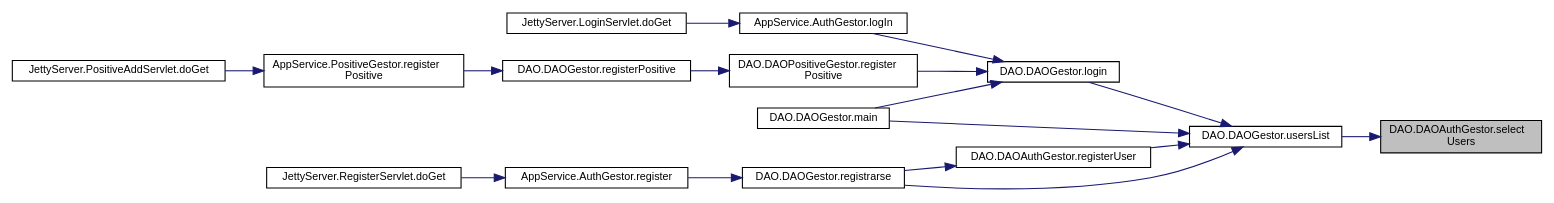
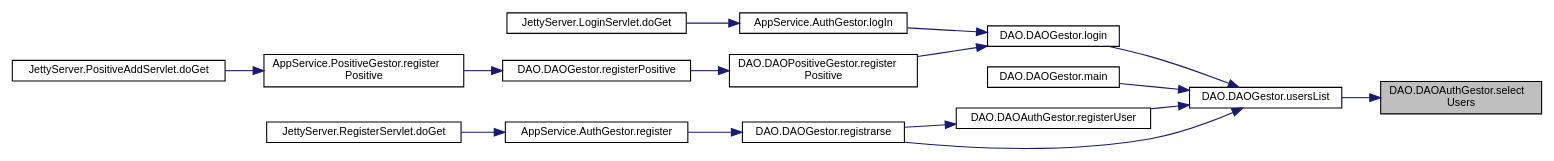
The diagram in docs/class_d_a_o_1_1_d_a_o_auth_gestor_a5e4a73e0cf46fe27bf654f1a80f4bd54_icgraph.dot (enekoatxa/RadarCovid), drawn with Graphviz before and after one commit. The commit also changed 281 other files, not shown here.

```diff
--- a/docs/class_d_a_o_1_1_d_a_o_auth_gestor_a5e4a73e0cf46fe27bf654f1a80f4bd54_icgraph.dot
+++ b/docs/class_d_a_o_1_1_d_a_o_auth_gestor_a5e4a73e0cf46fe27bf654f1a80f4bd54_icgraph.dot
@@ -1,36 +1,35 @@
 digraph "DAO.DAOAuthGestor.selectUsers"
 {
  // LATEX_PDF_SIZE
   edge [fontname="Helvetica",fontsize="10",labelfontname="Helvetica",labelfontsize="10"];
   node [fontname="Helvetica",fontsize="10",shape=record];
   rankdir="RL";
   Node1 [label="DAO.DAOAuthGestor.select\lUsers",height=0.2,width=0.4,color="black", fillcolor="grey75", style="filled", fontcolor="black",tooltip=" "];
   Node1 -> Node2 [dir="back",color="midnightblue",fontsize="10",style="solid",fontname="Helvetica"];
   Node2 [label="DAO.DAOGestor.usersList",height=0.2,width=0.4,color="black", fillcolor="white", style="filled",URL="$class_d_a_o_1_1_d_a_o_gestor.html#a9b1457f088f46740726042ccf4e657cf",tooltip=" "];
   Node2 -> Node3 [dir="back",color="midnightblue",fontsize="10",style="solid",fontname="Helvetica"];
   Node3 [label="DAO.DAOGestor.login",height=0.2,width=0.4,color="black", fillcolor="white", style="filled",URL="$class_d_a_o_1_1_d_a_o_gestor.html#ab819ad89aafa47a3cdb8c5db56962895",tooltip=" "];
   Node3 -> Node4 [dir="back",color="midnightblue",fontsize="10",style="solid",fontname="Helvetica"];
   Node4 [label="AppService.AuthGestor.logIn",height=0.2,width=0.4,color="black", fillcolor="white", style="filled",URL="$class_app_service_1_1_auth_gestor.html#aeafd43b974741a663c41ffcbb3accaf9",tooltip=" "];
   Node4 -> Node5 [dir="back",color="midnightblue",fontsize="10",style="solid",fontname="Helvetica"];
   Node5 [label="JettyServer.LoginServlet.doGet",height=0.2,width=0.4,color="black", fillcolor="white", style="filled",URL="$class_jetty_server_1_1_login_servlet.html#a1b41970a65fe867dfe40f80b4ccea338",tooltip=" "];
   Node3 -> Node6 [dir="back",color="midnightblue",fontsize="10",style="solid",fontname="Helvetica"];
-  Node6 [label="DAO.DAOGestor.main",height=0.2,width=0.4,color="black", fillcolor="white", style="filled",URL="$class_d_a_o_1_1_d_a_o_gestor.html#a418601ed26da405dd755a8b193aa9d70",tooltip=" "];
-  Node3 -> Node7 [dir="back",color="midnightblue",fontsize="10",style="solid",fontname="Helvetica"];
-  Node7 [label="DAO.DAOPositiveGestor.register\lPositive",height=0.2,width=0.4,color="black", fillcolor="white", style="filled",URL="$class_d_a_o_1_1_d_a_o_positive_gestor.html#a5602d2f32fec0dd9f222402f8b1ad48e",tooltip=" "];
+  Node6 [label="DAO.DAOPositiveGestor.register\lPositive",height=0.2,width=0.4,color="black", fillcolor="white", style="filled",URL="$class_d_a_o_1_1_d_a_o_positive_gestor.html#a5602d2f32fec0dd9f222402f8b1ad48e",tooltip=" "];
+  Node6 -> Node7 [dir="back",color="midnightblue",fontsize="10",style="solid",fontname="Helvetica"];
+  Node7 [label="DAO.DAOGestor.registerPositive",height=0.2,width=0.4,color="black", fillcolor="white", style="filled",URL="$class_d_a_o_1_1_d_a_o_gestor.html#a6ea0f06fc24dd013578351ec8e0302fd",tooltip=" "];
   Node7 -> Node8 [dir="back",color="midnightblue",fontsize="10",style="solid",fontname="Helvetica"];
-  Node8 [label="DAO.DAOGestor.registerPositive",height=0.2,width=0.4,color="black", fillcolor="white", style="filled",URL="$class_d_a_o_1_1_d_a_o_gestor.html#a6ea0f06fc24dd013578351ec8e0302fd",tooltip=" "];
+  Node8 [label="AppService.PositiveGestor.register\lPositive",height=0.2,width=0.4,color="black", fillcolor="white", style="filled",URL="$class_app_service_1_1_positive_gestor.html#a06e5a688499ef9d8dd92cb524f846e1e",tooltip=" "];
   Node8 -> Node9 [dir="back",color="midnightblue",fontsize="10",style="solid",fontname="Helvetica"];
-  Node9 [label="AppService.PositiveGestor.register\lPositive",height=0.2,width=0.4,color="black", fillcolor="white", style="filled",URL="$class_app_service_1_1_positive_gestor.html#a06e5a688499ef9d8dd92cb524f846e1e",tooltip=" "];
-  Node9 -> Node10 [dir="back",color="midnightblue",fontsize="10",style="solid",fontname="Helvetica"];
-  Node10 [label="JettyServer.PositiveAddServlet.doGet",height=0.2,width=0.4,color="black", fillcolor="white", style="filled",URL="$class_jetty_server_1_1_positive_add_servlet.html#aa97237f9c84de6958b9bf679d3b0211f",tooltip=" "];
-  Node2 -> Node6 [dir="back",color="midnightblue",fontsize="10",style="solid",fontname="Helvetica"];
+  Node9 [label="JettyServer.PositiveAddServlet.doGet",height=0.2,width=0.4,color="black", fillcolor="white", style="filled",URL="$class_jetty_server_1_1_positive_add_servlet.html#aa97237f9c84de6958b9bf679d3b0211f",tooltip=" "];
+  Node2 -> Node10 [dir="back",color="midnightblue",fontsize="10",style="solid",fontname="Helvetica"];
+  Node10 [label="DAO.DAOGestor.main",height=0.2,width=0.4,color="black", fillcolor="white", style="filled",URL="$class_d_a_o_1_1_d_a_o_gestor.html#a418601ed26da405dd755a8b193aa9d70",tooltip=" "];
   Node2 -> Node11 [dir="back",color="midnightblue",fontsize="10",style="solid",fontname="Helvetica"];
   Node11 [label="DAO.DAOAuthGestor.registerUser",height=0.2,width=0.4,color="black", fillcolor="white", style="filled",URL="$class_d_a_o_1_1_d_a_o_auth_gestor.html#a369612d1e5e4be434ca6fb60caef0df7",tooltip=" "];
   Node11 -> Node12 [dir="back",color="midnightblue",fontsize="10",style="solid",fontname="Helvetica"];
   Node12 [label="DAO.DAOGestor.registrarse",height=0.2,width=0.4,color="black", fillcolor="white", style="filled",URL="$class_d_a_o_1_1_d_a_o_gestor.html#af8006450bc0ccbcd0a98a310062b6565",tooltip=" "];
   Node12 -> Node13 [dir="back",color="midnightblue",fontsize="10",style="solid",fontname="Helvetica"];
   Node13 [label="AppService.AuthGestor.register",height=0.2,width=0.4,color="black", fillcolor="white", style="filled",URL="$class_app_service_1_1_auth_gestor.html#a5308a024c1e22f27e463c0987b00b9dd",tooltip=" "];
   Node13 -> Node14 [dir="back",color="midnightblue",fontsize="10",style="solid",fontname="Helvetica"];
   Node14 [label="JettyServer.RegisterServlet.doGet",height=0.2,width=0.4,color="black", fillcolor="white", style="filled",URL="$class_jetty_server_1_1_register_servlet.html#ab03335b5154d4e8ac1ca4797147e9d00",tooltip=" "];
   Node2 -> Node12 [dir="back",color="midnightblue",fontsize="10",style="solid",fontname="Helvetica"];
 }
```
